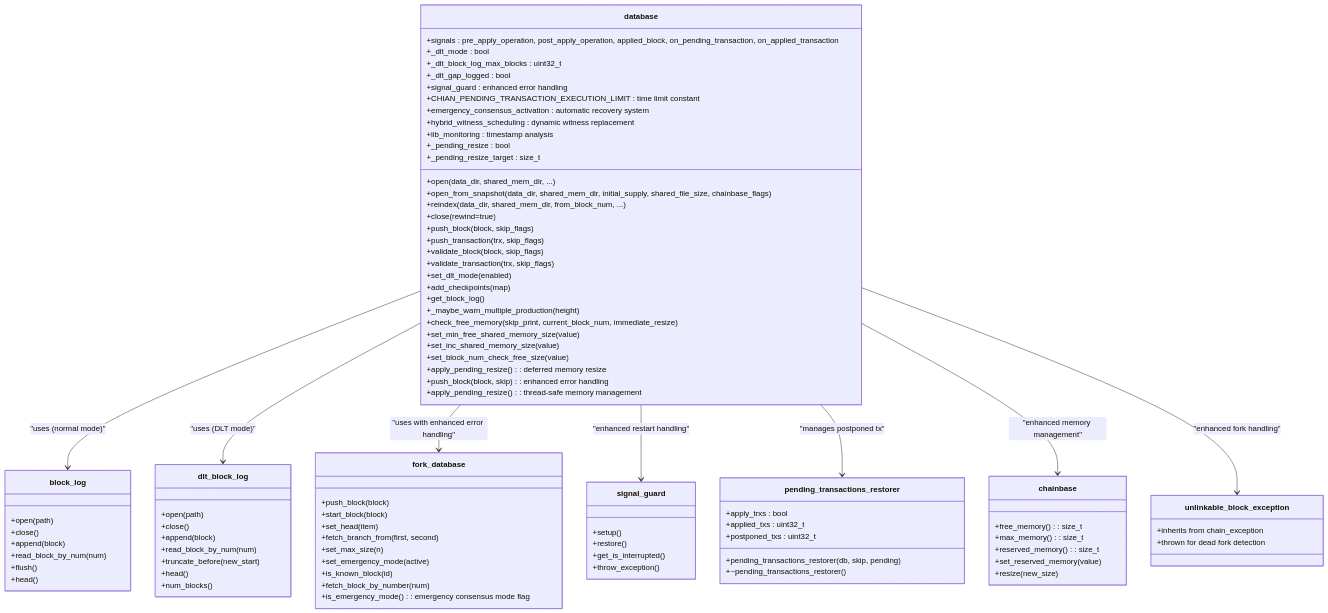
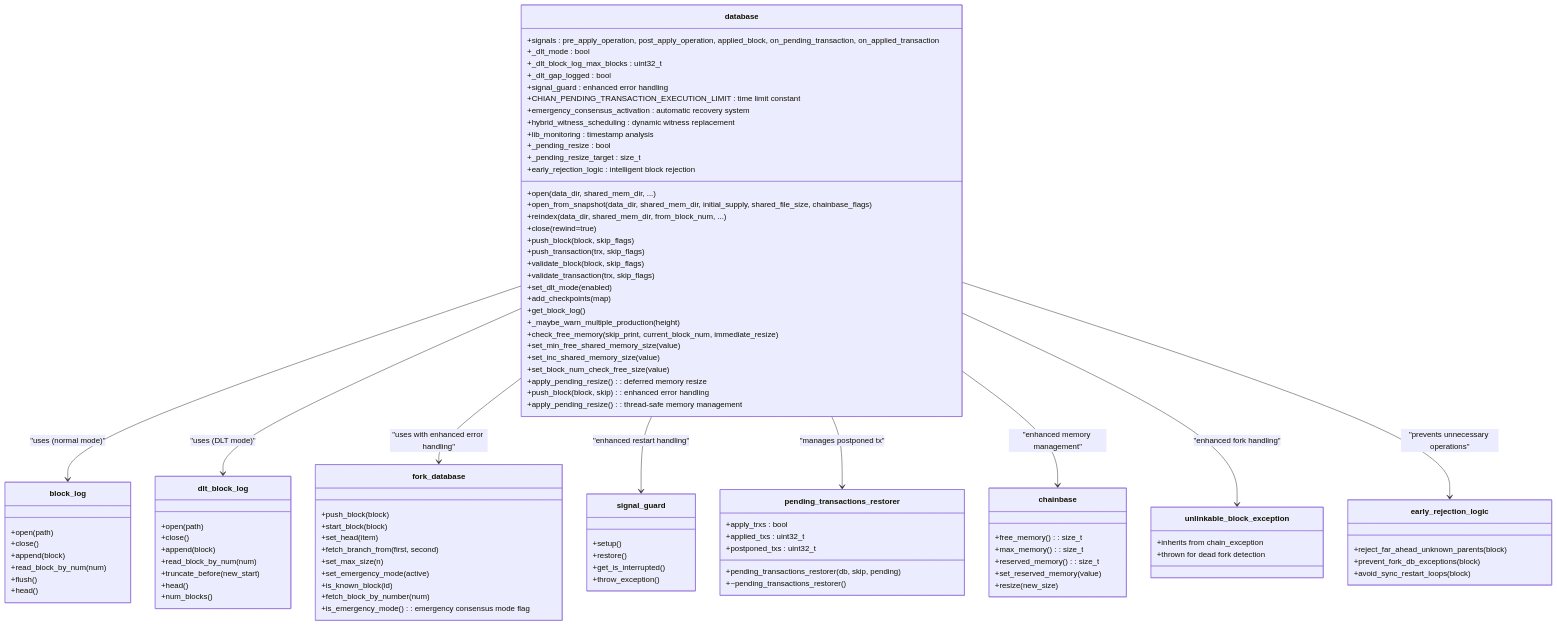
Before and after one commit to VIZ-Blockchain/viz-cpp-node: the second of 26 diagrams in .qoder/repowiki/en/content/Architecture Overview/Core Libraries/Chain Library/Database Management/Database Management.md, drawn with Mermaid. The commit also changed other lines of this file and 3 other files, not shown here.

First line of the commit message:
fix(database): add early rejection logic to prevent fork db exceptions and sync loops

````diff
--- a/.qoder/repowiki/en/content/Architecture Overview/Core Libraries/Chain Library/Database Management/Database Management.md
+++ b/.qoder/repowiki/en/content/Architecture Overview/Core Libraries/Chain Library/Database Management/Database Management.md
@@ -241,6 +250,7 @@
 +_pending_resize_target : size_t
 +push_block(block, skip) : enhanced error handling
 +apply_pending_resize() : thread-safe memory management
++early_rejection_logic : intelligent block rejection
 }
 class block_log {
 +open(path)
@@ -294,6 +304,11 @@
 +inherits from chain_exception
 +thrown for dead fork detection
 }
+class early_rejection_logic {
++reject_far_ahead_unknown_parents(block)
++prevent_fork_db_exceptions(block)
++avoid_sync_restart_loops(block)
+}
 database --> block_log : "uses (normal mode)"
 database --> dlt_block_log : "uses (DLT mode)"
 database --> fork_database : "uses with enhanced error handling"
@@ -301,4 +316,5 @@
 database --> pending_transactions_restorer : "manages postponed tx"
 database --> chainbase : "enhanced memory management"
 database --> unlinkable_block_exception : "enhanced fork handling"
+database --> early_rejection_logic : "prevents unnecessary operations"
 ```
````
